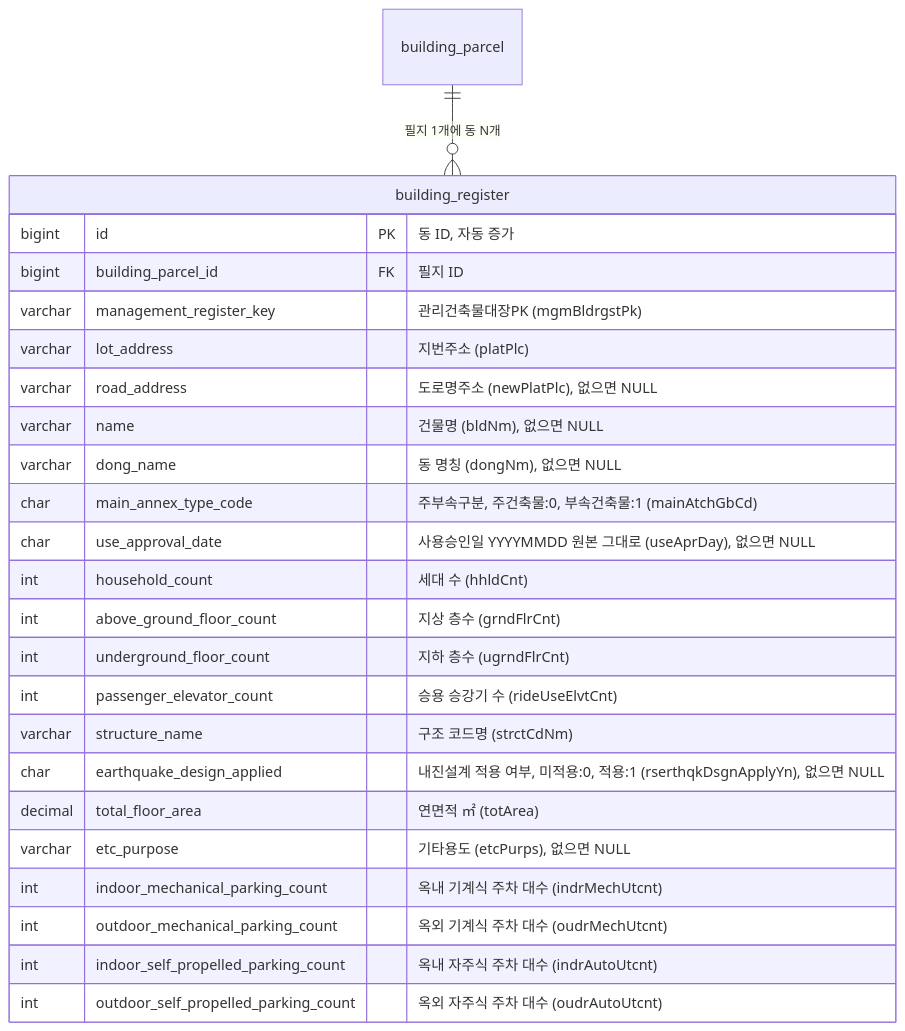
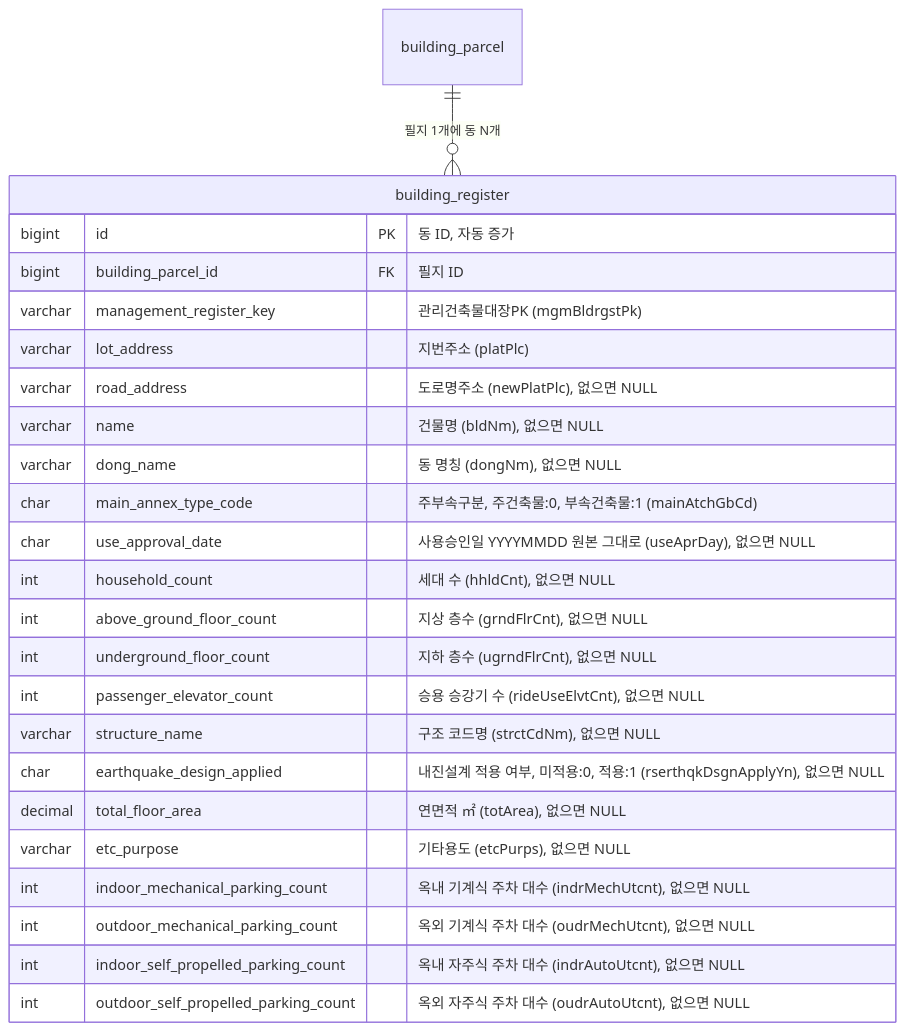
Before and after one commit to f-lab-edu/jipsee: the fourth of 8 diagrams in docs/erd.md, drawn with Mermaid. The commit also changed 2 other files, not shown here.

Commit message:
docs: 표제부 속성 컬럼 NULL 허용, 식별 컬럼 빈 행 건너뛰기 규칙 추가

````diff
--- a/docs/erd.md
+++ b/docs/erd.md
@@ -77,27 +77,27 @@
 ```mermaid
 erDiagram
     building_parcel ||--o{ building_register : "필지 1개에 동 N개"
     building_register {
         bigint id PK "동 ID, 자동 증가"
         bigint building_parcel_id FK "필지 ID"
         varchar management_register_key "관리건축물대장PK (mgmBldrgstPk)"
         varchar lot_address "지번주소 (platPlc)"
         varchar road_address "도로명주소 (newPlatPlc), 없으면 NULL"
         varchar name "건물명 (bldNm), 없으면 NULL"
         varchar dong_name "동 명칭 (dongNm), 없으면 NULL"
         char main_annex_type_code "주부속구분, 주건축물:0, 부속건축물:1 (mainAtchGbCd)"
         char use_approval_date "사용승인일 YYYYMMDD 원본 그대로 (useAprDay), 없으면 NULL"
-        int household_count "세대 수 (hhldCnt)"
-        int above_ground_floor_count "지상 층수 (grndFlrCnt)"
-        int underground_floor_count "지하 층수 (ugrndFlrCnt)"
-        int passenger_elevator_count "승용 승강기 수 (rideUseElvtCnt)"
-        varchar structure_name "구조 코드명 (strctCdNm)"
+        int household_count "세대 수 (hhldCnt), 없으면 NULL"
+        int above_ground_floor_count "지상 층수 (grndFlrCnt), 없으면 NULL"
+        int underground_floor_count "지하 층수 (ugrndFlrCnt), 없으면 NULL"
+        int passenger_elevator_count "승용 승강기 수 (rideUseElvtCnt), 없으면 NULL"
+        varchar structure_name "구조 코드명 (strctCdNm), 없으면 NULL"
         char earthquake_design_applied "내진설계 적용 여부, 미적용:0, 적용:1 (rserthqkDsgnApplyYn), 없으면 NULL"
-        decimal total_floor_area "연면적 ㎡ (totArea)"
+        decimal total_floor_area "연면적 ㎡ (totArea), 없으면 NULL"
         varchar etc_purpose "기타용도 (etcPurps), 없으면 NULL"
-        int indoor_mechanical_parking_count "옥내 기계식 주차 대수 (indrMechUtcnt)"
-        int outdoor_mechanical_parking_count "옥외 기계식 주차 대수 (oudrMechUtcnt)"
-        int indoor_self_propelled_parking_count "옥내 자주식 주차 대수 (indrAutoUtcnt)"
-        int outdoor_self_propelled_parking_count "옥외 자주식 주차 대수 (oudrAutoUtcnt)"
+        int indoor_mechanical_parking_count "옥내 기계식 주차 대수 (indrMechUtcnt), 없으면 NULL"
+        int outdoor_mechanical_parking_count "옥외 기계식 주차 대수 (oudrMechUtcnt), 없으면 NULL"
+        int indoor_self_propelled_parking_count "옥내 자주식 주차 대수 (indrAutoUtcnt), 없으면 NULL"
+        int outdoor_self_propelled_parking_count "옥외 자주식 주차 대수 (oudrAutoUtcnt), 없으면 NULL"
     }
 ```
````
